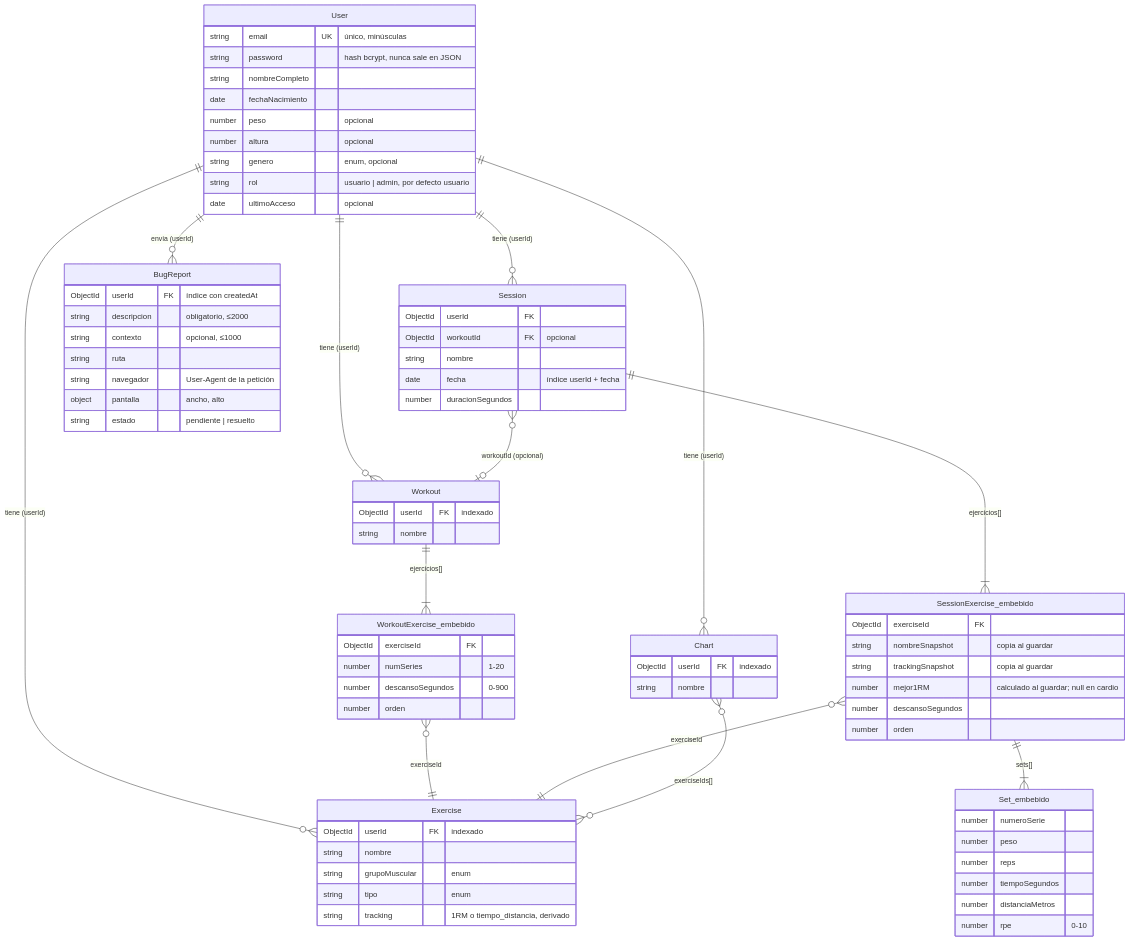
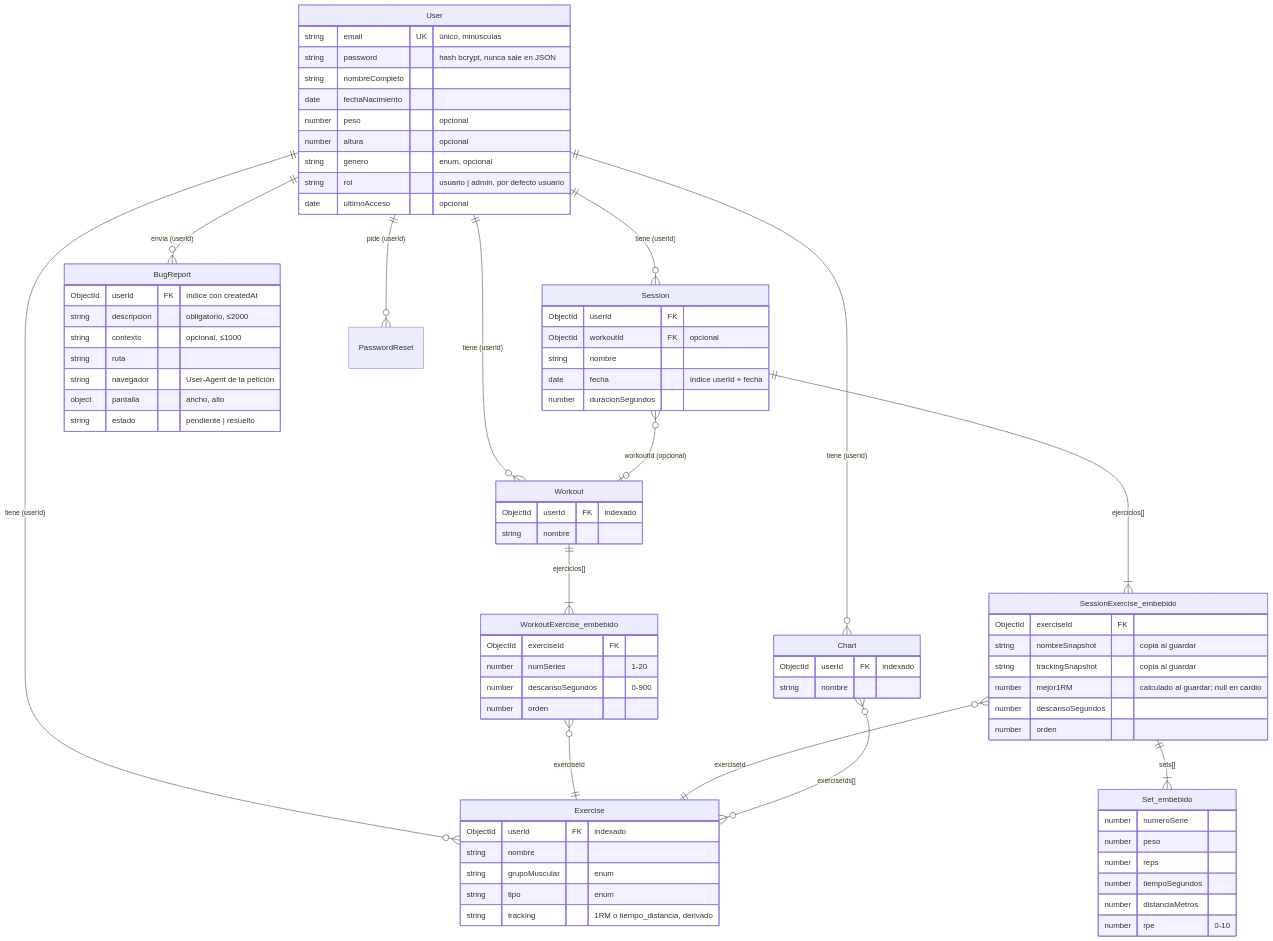
Before and after one commit to daviddhernandez2/yieldfit: the first of 5 diagrams in docs/modelo-datos.md, drawn with Mermaid. The commit also changed other lines of this file and 3 other files, not shown here.

```diff
--- a/docs/modelo-datos.md
+++ b/docs/modelo-datos.md
@@ -17,6 +17,7 @@
     User ||--o{ Session : "tiene (userId)"
     User ||--o{ Chart : "tiene (userId)"
     User ||--o{ BugReport : "envía (userId)"
+    User ||--o{ PasswordReset : "pide (userId)"
 
     Workout ||--|{ WorkoutExercise_embebido : "ejercicios[]"
     Session ||--|{ SessionExercise_embebido : "ejercicios[]"
```
